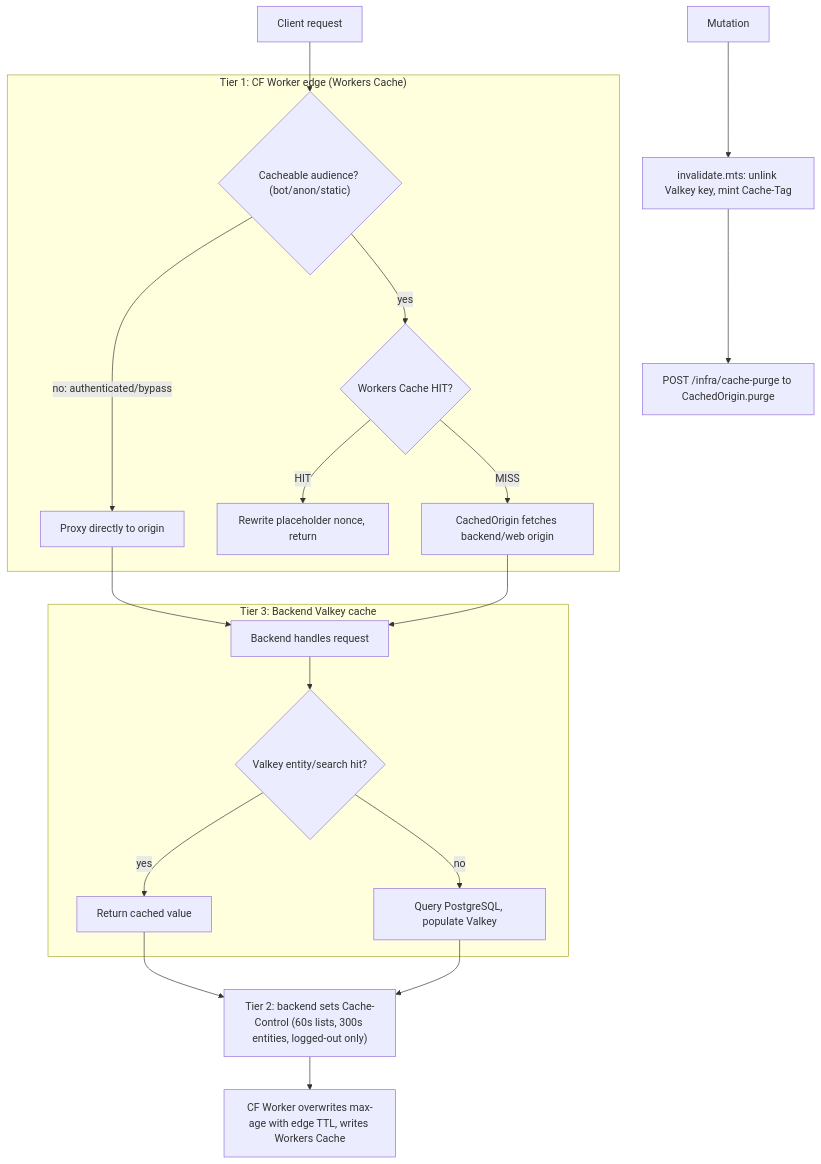
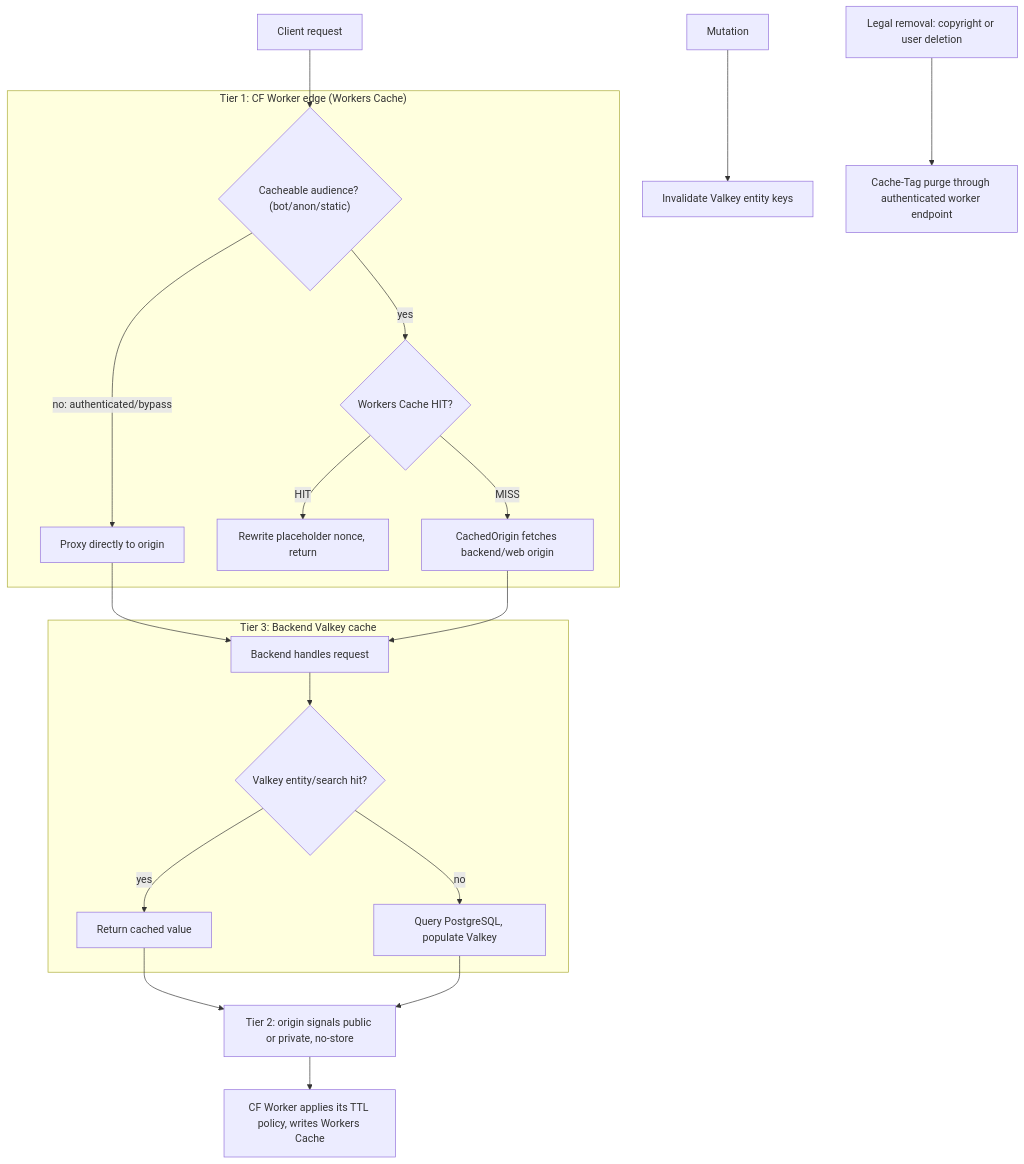
One commit to vouchington/vouchington changed the diagram in docs/overview/architecture/reference-caching-strategy-cache-tiers.md. Above: the diagram before and after it, drawn with Mermaid. The commit also changed other lines of this file and 117 other files, not shown here.

First line of the commit message:
fix(cache): let the worker own HTTP cache lifetimes

````diff
--- a/docs/overview/architecture/reference-caching-strategy-cache-tiers.md
+++ b/docs/overview/architecture/reference-caching-strategy-cache-tiers.md
@@ -10,22 +11,22 @@
 ```mermaid
 flowchart TD
     Req[Client request] --> Aud
     subgraph Tier1["Tier 1: CF Worker edge (Workers Cache)"]
         Aud{"Cacheable audience? (bot/anon/static)"} -- "no: authenticated/bypass" --> Bypass["Proxy directly to origin"]
         Aud -- yes --> Hit{"Workers Cache HIT?"}
         Hit -- HIT --> Rewrite["Rewrite placeholder nonce, return"]
         Hit -- MISS --> Origin["CachedOrigin fetches backend/web origin"]
     end
     Bypass --> Backend["Backend handles request"]
     Origin --> Backend
     subgraph Tier3["Tier 3: Backend Valkey cache"]
         Backend --> VCheck{"Valkey entity/search hit?"}
         VCheck -- yes --> VHit["Return cached value"]
         VCheck -- no --> PG["Query PostgreSQL, populate Valkey"]
     end
-    VHit --> Headers["Tier 2: backend sets Cache-Control (60s lists, 300s entities, logged-out only)"]
+    VHit --> Headers["Tier 2: origin signals public or private, no-store"]
     PG --> Headers
-    Headers --> EdgeWrite["CF Worker overwrites max-age with edge TTL, writes Workers Cache"]
-    Mutation["Mutation"] --> Invalidate["invalidate.mts: unlink Valkey key, mint Cache-Tag"]
-    Invalidate --> Purge["POST /infra/cache-purge to CachedOrigin.purge"]
+    Headers --> EdgeWrite["CF Worker applies its TTL policy, writes Workers Cache"]
+    Mutation["Mutation"] --> Invalidate["Invalidate Valkey entity keys"]
+    Legal["Legal removal: copyright or user deletion"] --> Purge["Cache-Tag purge through authenticated worker endpoint"]
 ```
````
